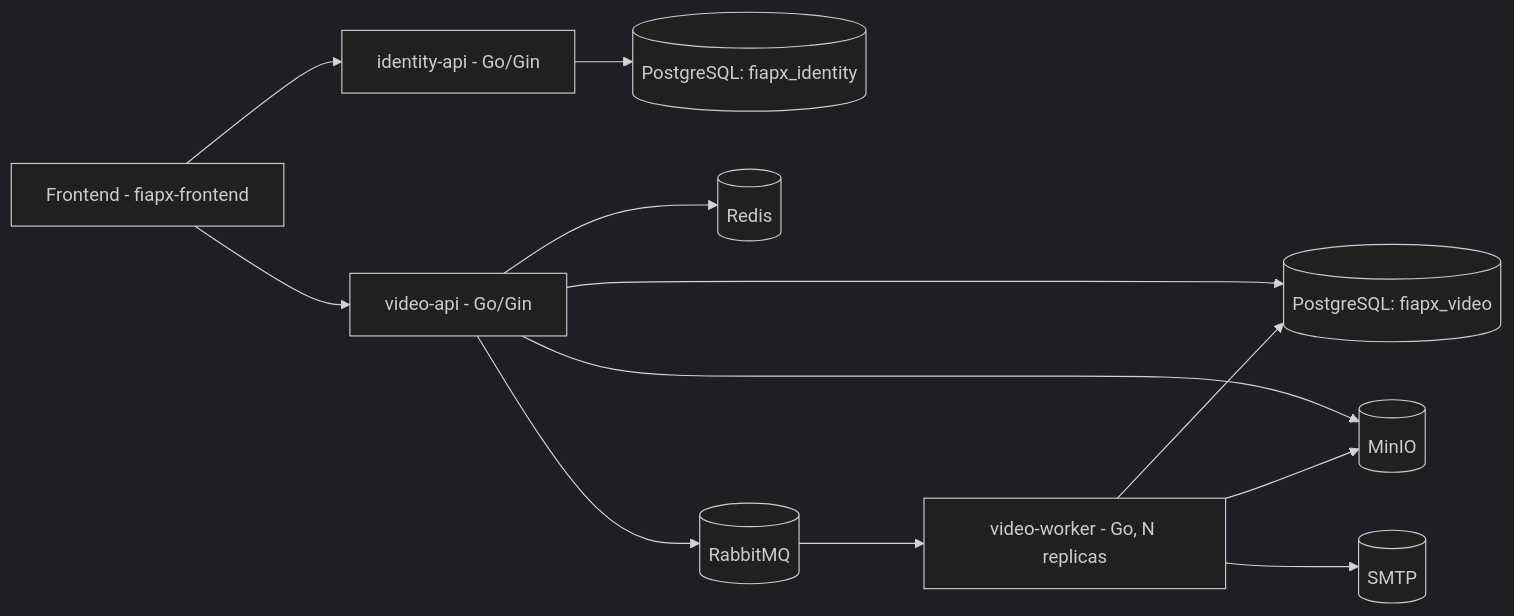
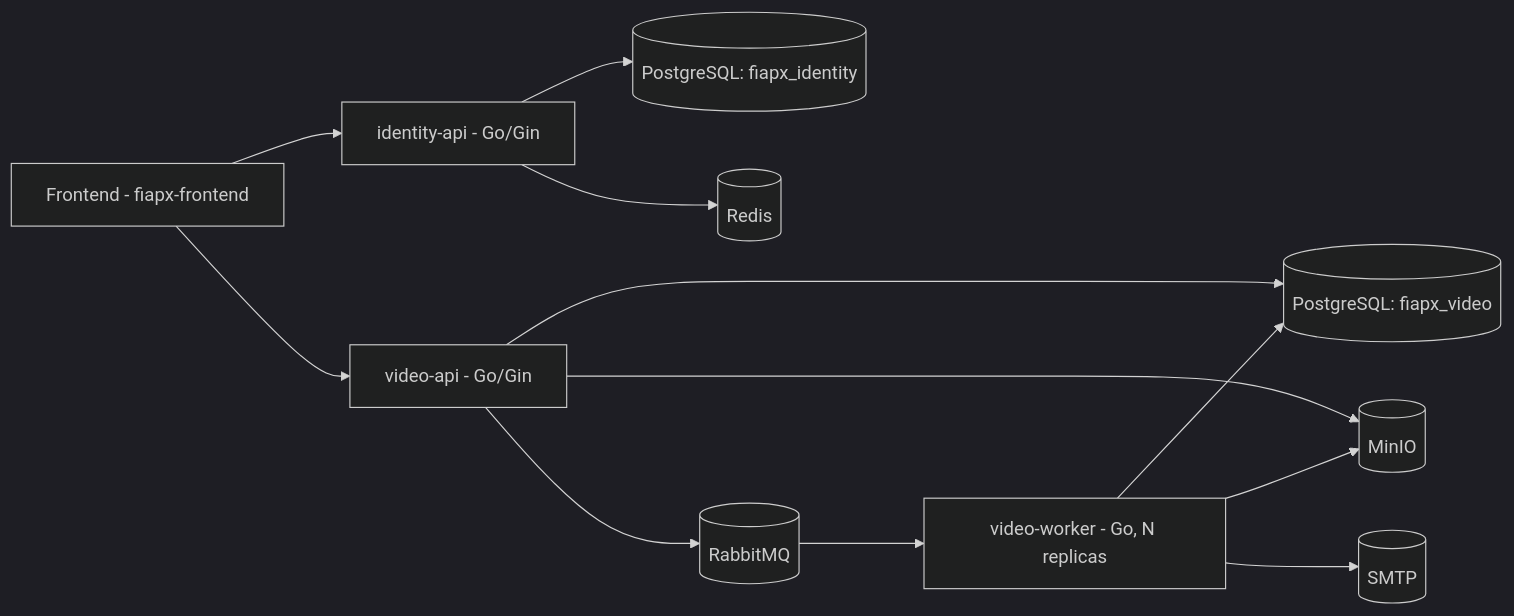
The diagram in docs/technical-architecture.md (mayumisiano/fiapx-video-processor), drawn with Mermaid (dark theme) before and after one commit. The commit also changed other lines of this file and 17 other files, not shown here.

Commit message:
feat: add Redis-backed login rate limiting to identity-api

````diff
--- a/docs/technical-architecture.md
+++ b/docs/technical-architecture.md
@@ -26,14 +26,14 @@
 ```mermaid
 flowchart LR
     Client[Frontend - fiapx-frontend] --> IdAPI[identity-api - Go/Gin]
     Client --> API[video-api - Go/Gin]
     IdAPI --> IdDB[(PostgreSQL: fiapx_identity)]
+    IdAPI --> Cache[(Redis)]
     API --> DB[(PostgreSQL: fiapx_video)]
-    API --> Cache[(Redis)]
     API --> Storage[(MinIO)]
     API --> MQ[(RabbitMQ)]
     MQ --> Worker[video-worker - Go, N replicas]
     Worker --> Storage
     Worker --> DB
     Worker --> SMTP[(SMTP)]
 ```
````
